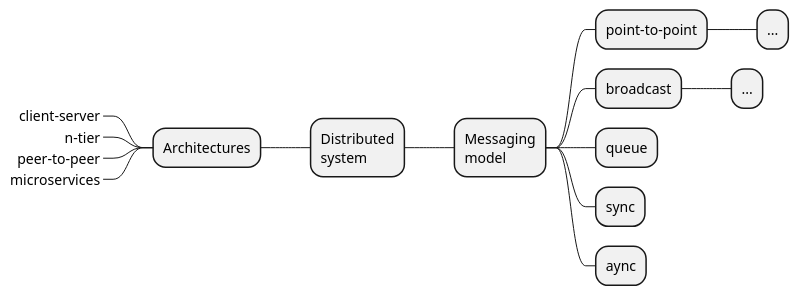
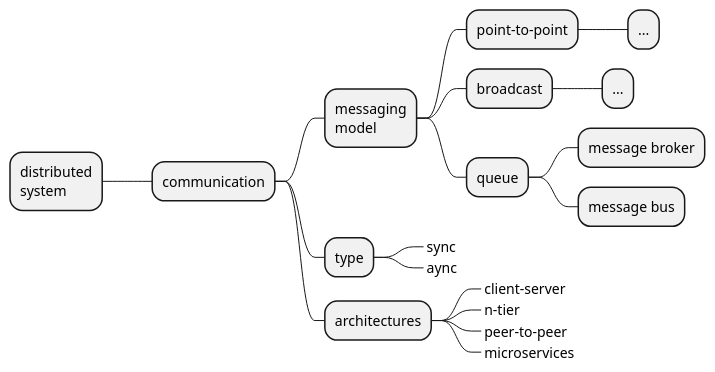
Before and after one commit to levplotkin/messaging-roadmap: the diagram in messaging-roadmap.iuml, drawn with PlantUML.

```diff
--- a/messaging-roadmap.iuml
+++ b/messaging-roadmap.iuml
@@ -1,21 +1,26 @@
 @startmindmap
 
-+ Distributed\nsystem
-++ Messaging\nmodel
-+++ point-to-point
-++++ ...
-+++ broadcast
++ distributed\nsystem
+++ communication
 
-++++ ...
-+++ queue
-+++ sync
-+++ aync
++++ messaging\nmodel
+++++ point-to-point
++++++ ...
+++++ broadcast
++++++ ...
+++++ queue
++++++ message broker
++++++ message bus
 
--- Architectures
----_ client–server
----_ n-tier
----_ peer-to-peer
----_ microservices
++++ type
+++++_ sync
+++++_ aync
+
++++ architectures
+++++_ client–server
+++++_ n-tier
+++++_ peer-to-peer
+++++_ microservices
 
 
 @endmindmap
```
